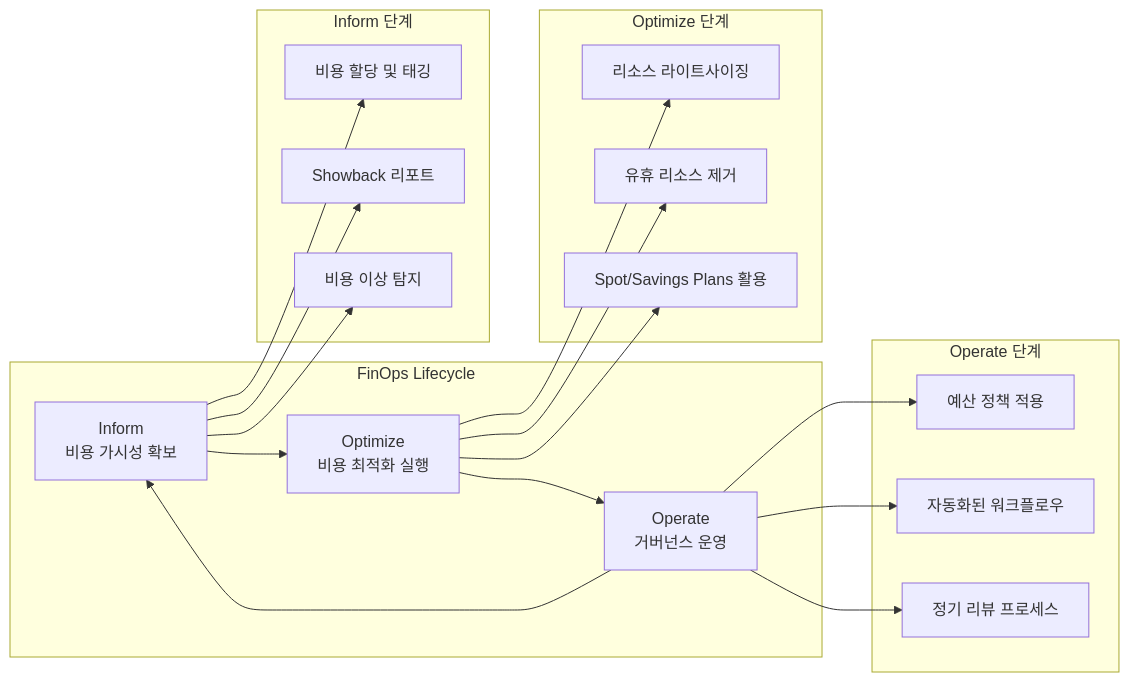
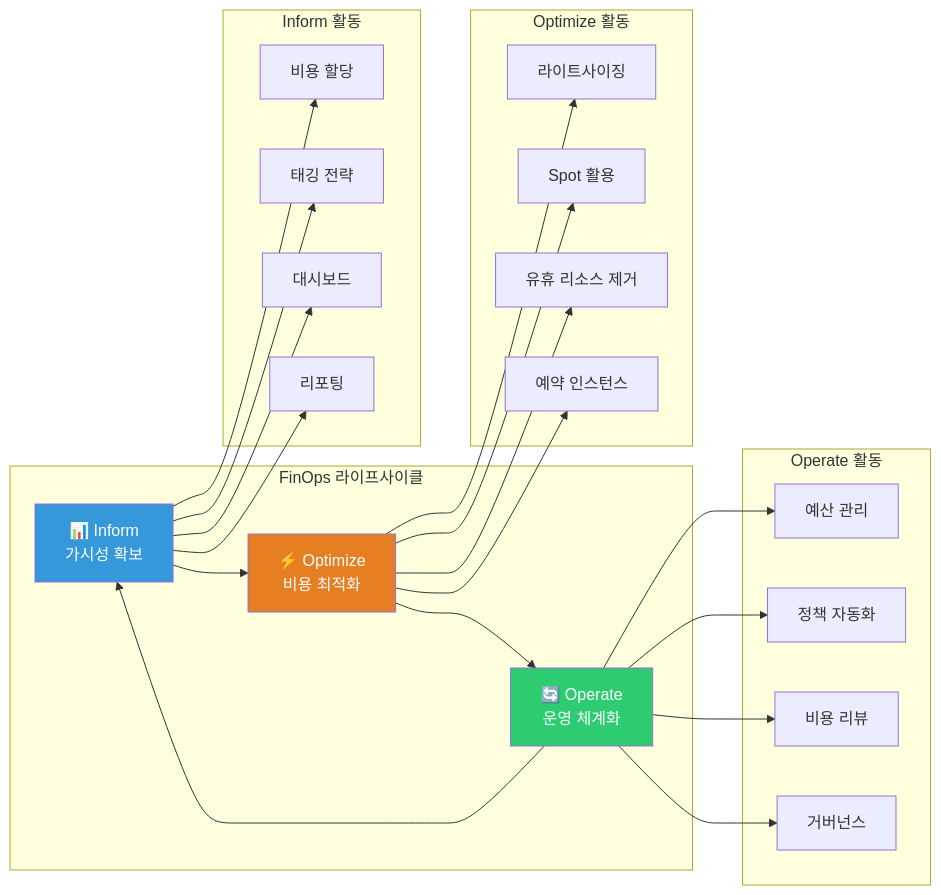
Before and after one commit to Atom-oh/kubernetes-docs: the first of 3 diagrams in ko/ops/13-finops-cost-platform.md, drawn with Mermaid. The commit also changed other lines of this file and 8 other files, not shown here.

````diff
--- a/ko/ops/13-finops-cost-platform.md
+++ b/ko/ops/13-finops-cost-platform.md
@@ -35,36 +33,52 @@
 ```mermaid
 graph LR
-    subgraph "FinOps Lifecycle"
-        A[Inform<br/>비용 가시성 확보] --> B[Optimize<br/>비용 최적화 실행]
-        B --> C[Operate<br/>거버넌스 운영]
-        C --> A
+    subgraph "FinOps 라이프사이클"
+        Inform["📊 Inform<br/>가시성 확보"]
+        Optimize["⚡ Optimize<br/>비용 최적화"]
+        Operate["🔄 Operate<br/>운영 체계화"]
+        
+        Inform --> Optimize
+        Optimize --> Operate
+        Operate --> Inform
     end
-
-    subgraph "Inform 단계"
-        A1[비용 할당 및 태깅]
-        A2[Showback 리포트]
-        A3[비용 이상 탐지]
+    
+    subgraph "Inform 활동"
+        I1["비용 할당"]
+        I2["태깅 전략"]
+        I3["대시보드"]
+        I4["리포팅"]
     end
-
-    subgraph "Optimize 단계"
-        B1[리소스 라이트사이징]
-        B2[유휴 리소스 제거]
-        B3[Spot/Savings Plans 활용]
+    
+    subgraph "Optimize 활동"
+        O1["라이트사이징"]
+        O2["Spot 활용"]
+        O3["유휴 리소스 제거"]
+        O4["예약 인스턴스"]
     end
-
-    subgraph "Operate 단계"
-        C1[예산 정책 적용]
-        C2[자동화된 워크플로우]
-        C3[정기 리뷰 프로세스]
+    
+    subgraph "Operate 활동"
+        P1["예산 관리"]
+        P2["정책 자동화"]
+        P3["비용 리뷰"]
+        P4["거버넌스"]
     end
-
-    A --> A1
-    A --> A2
-    A --> A3
-    B --> B1
-    B --> B2
-    B --> B3
-    C --> C1
-    C --> C2
-    C --> C3
+    
+    Inform --> I1
+    Inform --> I2
+    Inform --> I3
+    Inform --> I4
+    
+    Optimize --> O1
+    Optimize --> O2
+    Optimize --> O3
+    Optimize --> O4
+    
+    Operate --> P1
+    Operate --> P2
+    Operate --> P3
+    Operate --> P4
+    
+    style Inform fill:#3498DB,color:#fff
+    style Optimize fill:#E67E22,color:#fff
+    style Operate fill:#2ECC71,color:#fff
 ```
````
